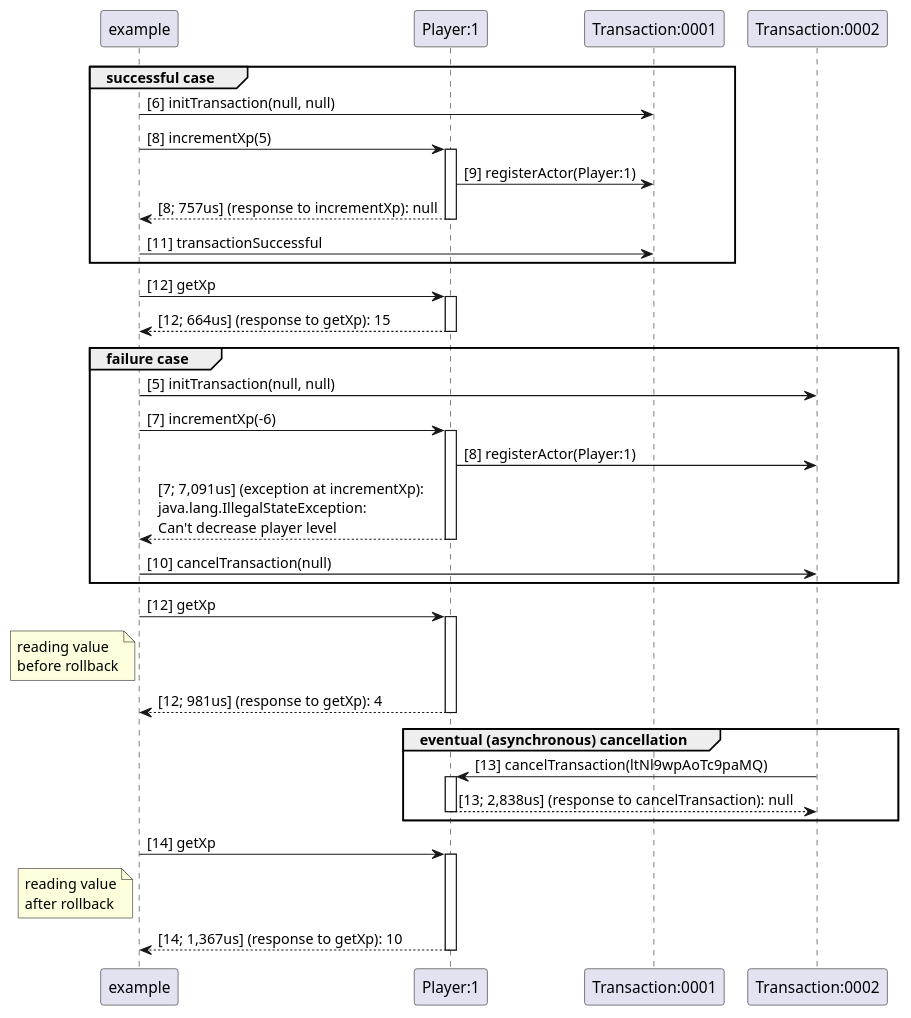
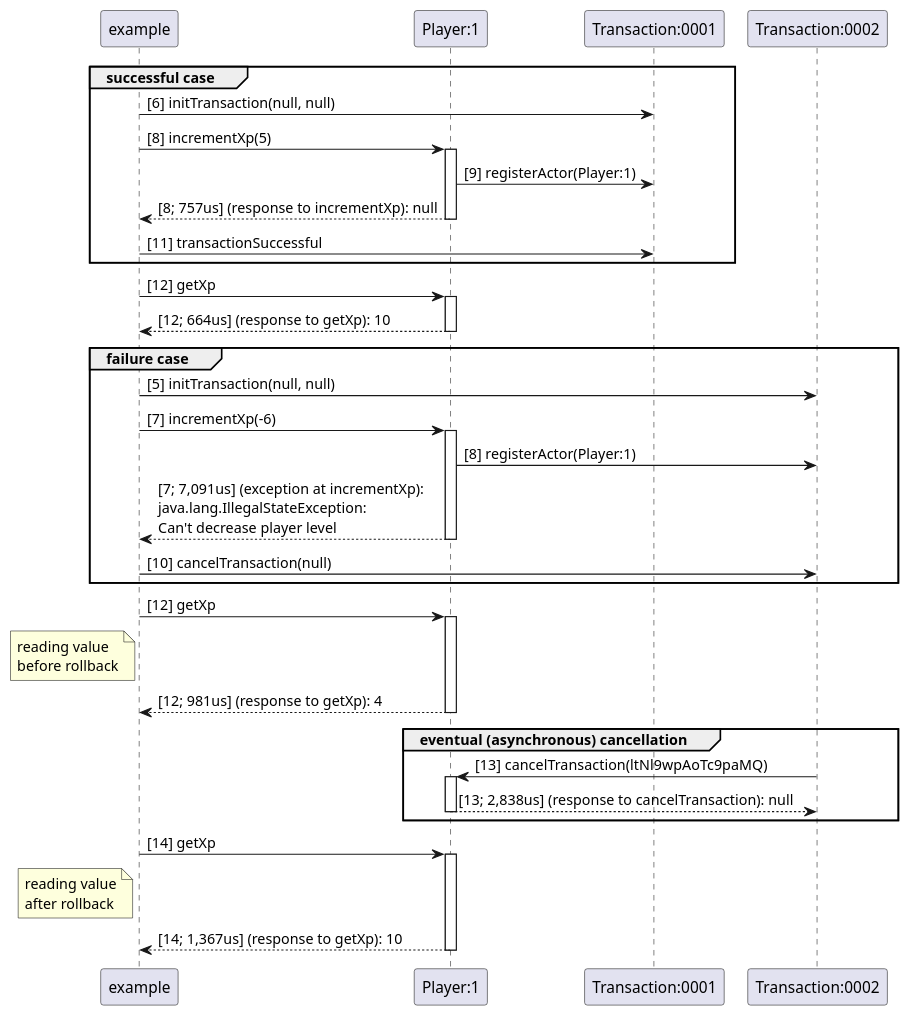
One commit to orbit/orbit changed the diagram in actors/core/src/main/java/com/ea/orbit/actors/transactions/sampleTransaction.puml. Above: the diagram before and after it, drawn with PlantUML. The commit also changed 1 other file, not shown here.

```diff
--- a/actors/core/src/main/java/com/ea/orbit/actors/transactions/sampleTransaction.puml
+++ b/actors/core/src/main/java/com/ea/orbit/actors/transactions/sampleTransaction.puml
@@ -1,62 +1,62 @@
 @startuml
 
 participant "example"
 participant "Player:1"
 participant "Transaction:0001"
 participant "Transaction:0002"
 
 
 group successful case
 "example" -> "Transaction:0001" : [6] initTransaction(null, null)
 "example" -> "Player:1" : [8] incrementXp(5)
 activate "Player:1"
 "Player:1" -> "Transaction:0001" : [9] registerActor(Player:1)
 "Player:1" --> "example" : [8; 757us] (response to incrementXp): null
 deactivate "Player:1"
 "example" -> "Transaction:0001" : [11] transactionSuccessful
 end
 
 
 "example" -> "Player:1" : [12] getXp
 activate "Player:1"
-"Player:1" --> "example" : [12; 664us] (response to getXp): 15
+"Player:1" --> "example" : [12; 664us] (response to getXp): 10
 deactivate "Player:1"
 
 
 group failure case
 "example" -> "Transaction:0002" : [5] initTransaction(null, null)
 "example" -> "Player:1" : [7] incrementXp(-6)
 activate "Player:1"
 "Player:1" -> "Transaction:0002" : [8] registerActor(Player:1)
 "Player:1" --> "example" : [7; 7,091us] (exception at incrementXp):\njava.lang.IllegalStateException: \nCan't decrease player level
 deactivate "Player:1"
 "example" -> "Transaction:0002" : [10] cancelTransaction(null)
 end
 
 
 "example" -> "Player:1" : [12] getXp
 note left of  "example"
   reading value
   before rollback
 end note
 activate "Player:1"
 "Player:1" --> "example" : [12; 981us] (response to getXp): 4
 deactivate "Player:1"
 
 group eventual (asynchronous) cancellation
 "Transaction:0002" -> "Player:1" : [13] cancelTransaction(ltNl9wpAoTc9paMQ)
 activate "Player:1"
 "Player:1" --> "Transaction:0002" : [13; 2,838us] (response to cancelTransaction): null
 deactivate "Player:1"
 end
 
 "example" -> "Player:1" : [14] getXp
 note left of  "example"
   reading value
   after rollback
 end note
 activate "Player:1"
 "Player:1" --> "example" : [14; 1,367us] (response to getXp): 10
 deactivate "Player:1"
 
 @enduml
```
